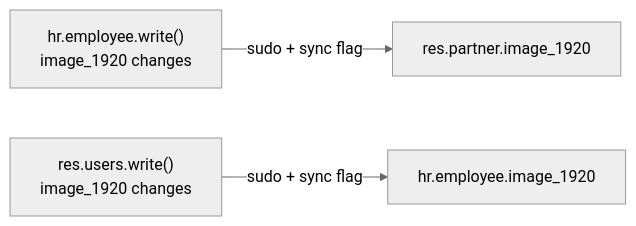
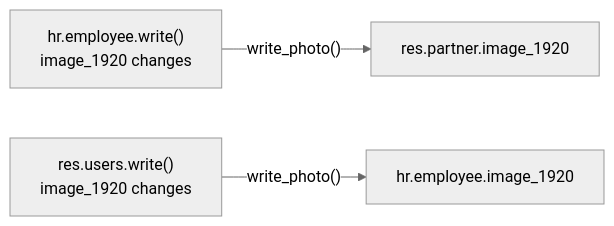
One commit to ElPuig/EMS changed the diagram in docs/en/developers/employees/photo_visibility.md. Above: the diagram before and after it, drawn with Mermaid (neutral theme). The commit also changed other lines of this file and 7 other files, not shown here.

````diff
--- a/docs/en/developers/employees/photo_visibility.md
+++ b/docs/en/developers/employees/photo_visibility.md
@@ -27,5 +27,5 @@
 ```mermaid
 flowchart LR
-    EmployeeWrite["hr.employee.write()<br/>image_1920 changes"] -- "sudo + sync flag" --> PartnerWrite["res.partner.image_1920"]
-    UserWrite["res.users.write()<br/>image_1920 changes"] -- "sudo + sync flag" --> EmployeeWrite2["hr.employee.image_1920"]
+    EmployeeWrite["hr.employee.write()<br/>image_1920 changes"] -- write_photo() --> PartnerWrite["res.partner.image_1920"]
+    UserWrite["res.users.write()<br/>image_1920 changes"] -- write_photo() --> EmployeeWrite2["hr.employee.image_1920"]
 ```
````
